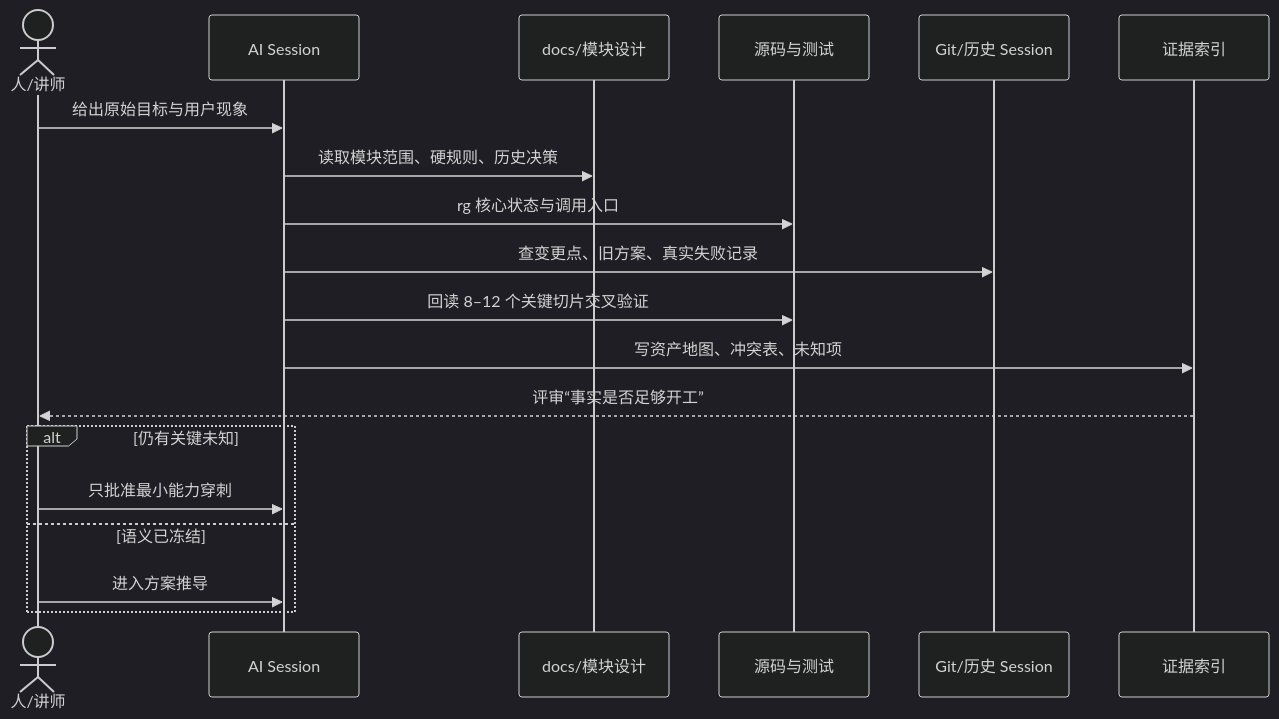
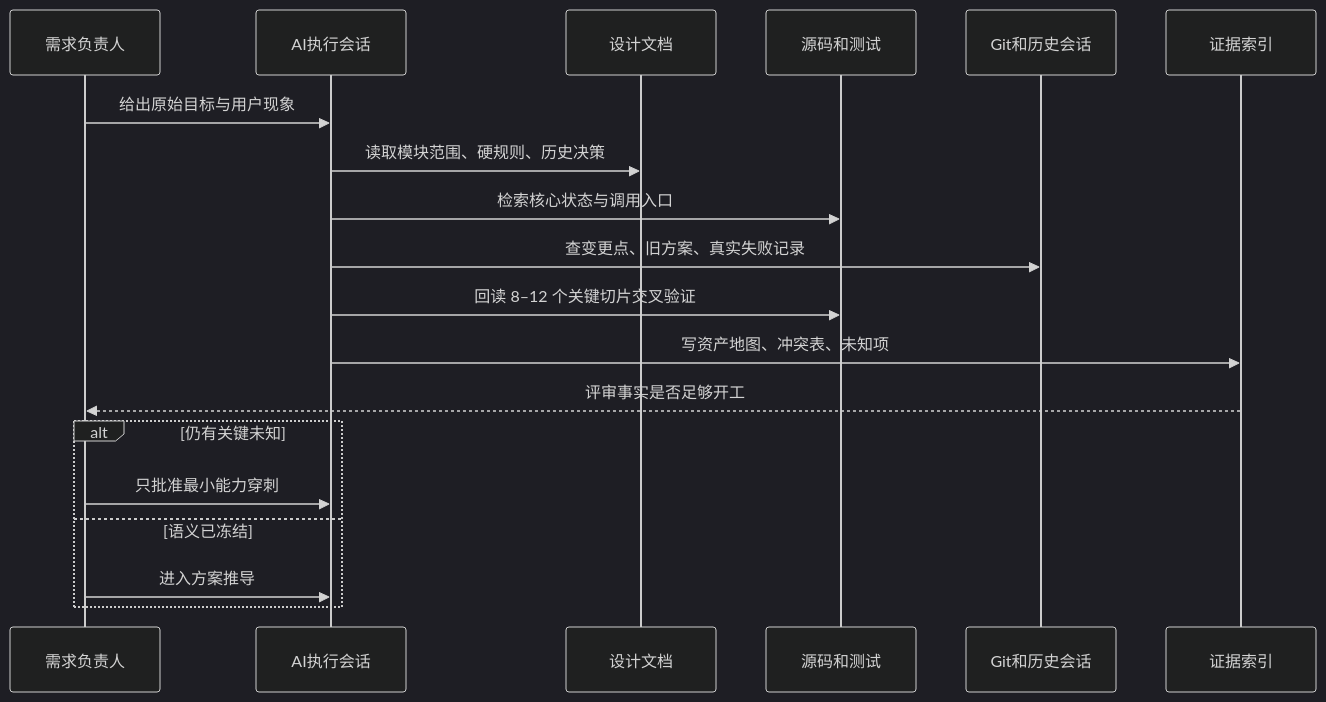
Before and after one commit to xiaomu120413/harmonyos-sdd-ralph-workshop: the diagram in case-materials/mdm/01-资产同步与冲突清单.md, drawn with Mermaid (dark theme). The commit also changed other lines of this file and 7 other files, not shown here.

````diff
--- a/case-materials/mdm/01-资产同步与冲突清单.md
+++ b/case-materials/mdm/01-资产同步与冲突清单.md
@@ -39,22 +39,22 @@
 ```mermaid
 sequenceDiagram
-  actor H as 人/讲师
-  participant A as AI Session
-  participant D as docs/模块设计
-  participant C as 源码与测试
-  participant G as Git/历史 Session
+  participant H as 需求负责人
+  participant A as AI执行会话
+  participant D as 设计文档
+  participant C as 源码和测试
+  participant G as Git和历史会话
   participant E as 证据索引
 
   H->>A: 给出原始目标与用户现象
   A->>D: 读取模块范围、硬规则、历史决策
-  A->>C: rg 核心状态与调用入口
+  A->>C: 检索核心状态与调用入口
   A->>G: 查变更点、旧方案、真实失败记录
   A->>C: 回读 8–12 个关键切片交叉验证
   A->>E: 写资产地图、冲突表、未知项
-  E-->>H: 评审“事实是否足够开工”
+  E-->>H: 评审事实是否足够开工
   alt 仍有关键未知
     H->>A: 只批准最小能力穿刺
   else 语义已冻结
     H->>A: 进入方案推导
   end
 ```
````
